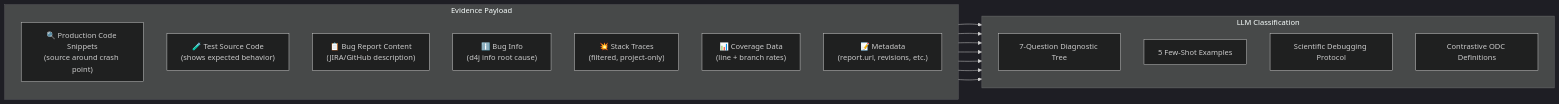
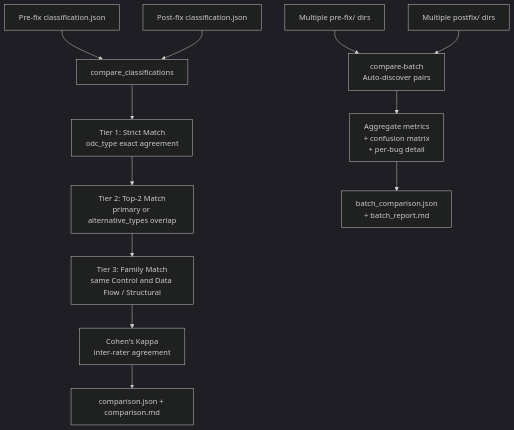
One commit to hasin023/d4j_odc_implementation changed the third of 3 diagrams in README.md. Above: the diagram before and after it, drawn with Mermaid (dark theme). The commit also changed other lines of this file, not shown here.

````diff
--- a/README.md
+++ b/README.md
@@ -56,27 +60,15 @@
 ```mermaid
-flowchart LR
-    subgraph "Evidence Payload"
-        direction TB
-        A["🔍 Production Code Snippets\n(source around crash point)"]
-        B["🧪 Test Source Code\n(shows expected behavior)"]
-        C["📋 Bug Report Content\n(JIRA/GitHub description)"]
-        D["ℹ️ Bug Info\n(d4j info root cause)"]
-        E["💥 Stack Traces\n(filtered, project-only)"]
-        F["📊 Coverage Data\n(line + branch rates)"]
-        G["📝 Metadata\n(report.url, revisions, etc.)"]
-    end
-    subgraph "LLM Classification"
-        direction TB
-        H["7-Question Diagnostic Tree"]
-        I["5 Few-Shot Examples"]
-        J["Scientific Debugging Protocol"]
-        K["Contrastive ODC Definitions"]
-    end
-    A --> H
-    B --> H
-    C --> I
-    D --> I
-    E --> J
-    F --> J
-    G --> K
+flowchart TD
+    A["Pre-fix classification.json"] --> C[compare_classifications]
+    B["Post-fix classification.json"] --> C
+    C --> D[Tier 1: Strict Match\nodc_type exact agreement]
+    D --> E[Tier 2: Top-2 Match\nprimary or alternative_types overlap]
+    E --> F[Tier 3: Family Match\nsame Control and Data Flow / Structural]
+    F --> G[Cohen's Kappa\ninter-rater agreement]
+    G --> H["comparison.json + comparison.md"]
+
+    I["Multiple pre-fix/ dirs"] --> J[compare-batch\nAuto-discover pairs]
+    K["Multiple postfix/ dirs"] --> J
+    J --> L[Aggregate metrics\n+ confusion matrix\n+ per-bug detail]
+    L --> M["batch_comparison.json\n+ batch_report.md"]
 ```
````
